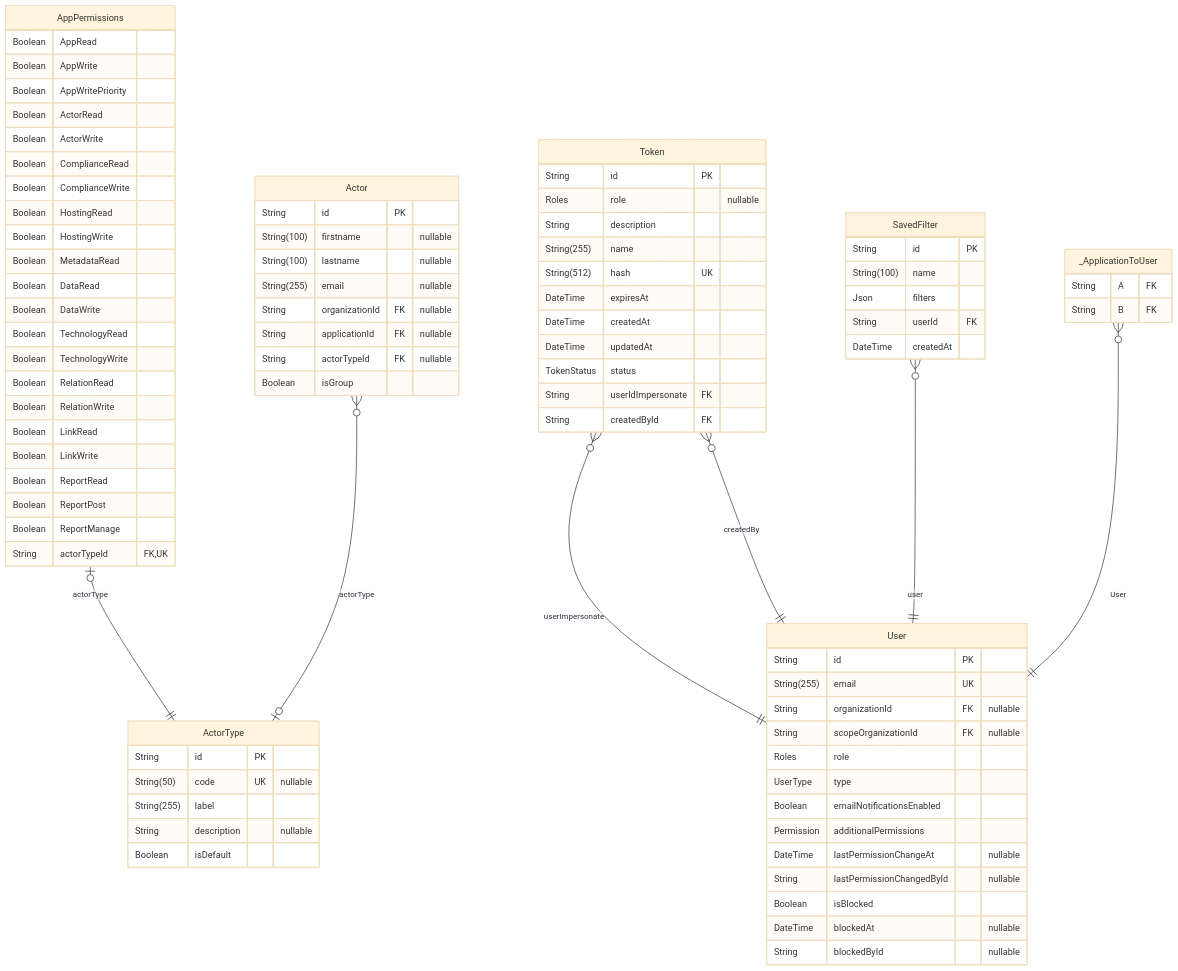
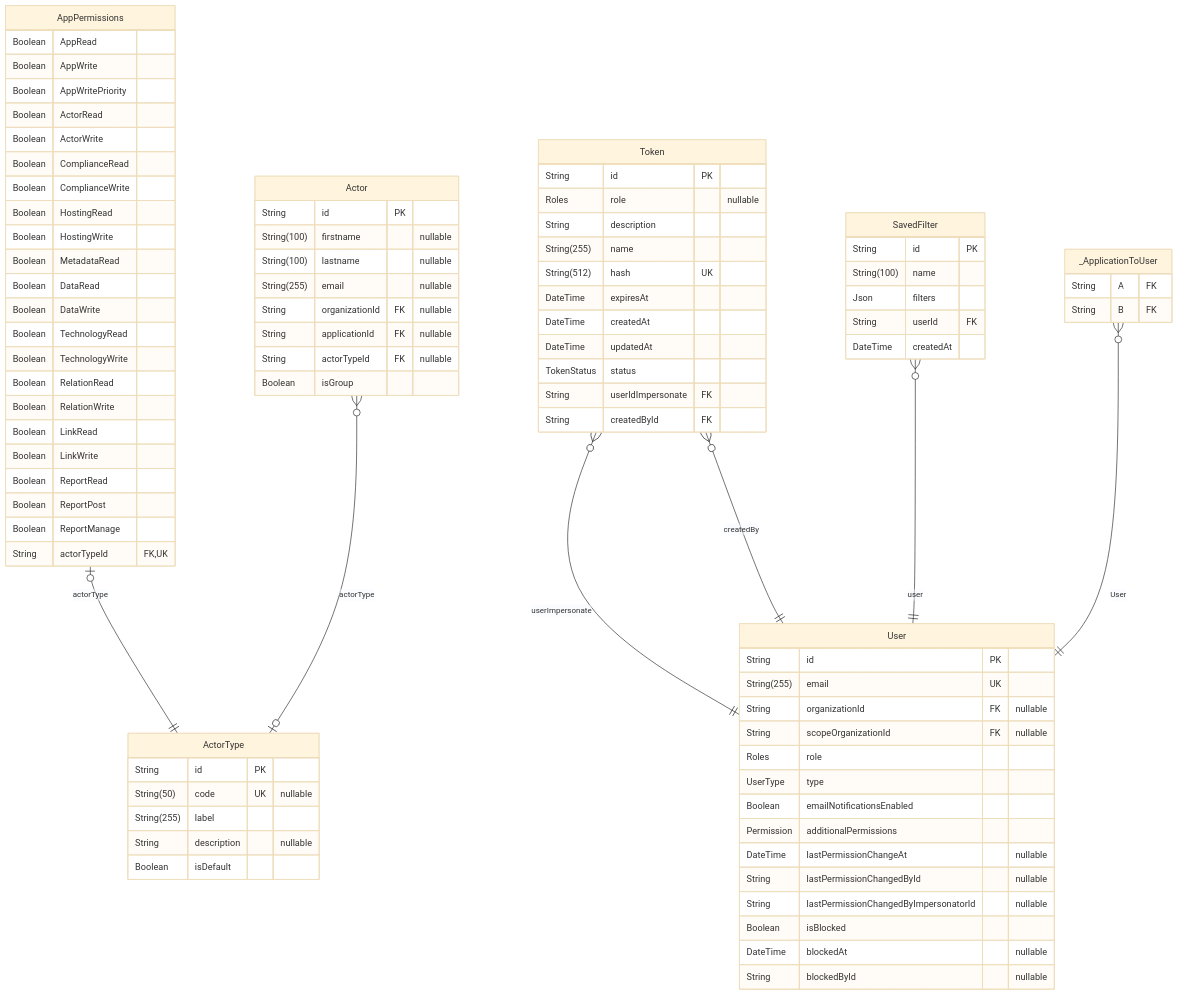
One commit to dnum-mi/referentiel-applications changed the tenth of 15 diagrams in backend/prisma/docs/schema.md. Above: the diagram before and after it, drawn with Mermaid (base theme). The commit also changed other lines of this file and 38 other files, not shown here.

```diff
--- a/backend/prisma/docs/schema.md
+++ b/backend/prisma/docs/schema.md
@@ -922,6 +922,7 @@
   Permission additionalPermissions
   DateTime lastPermissionChangeAt "nullable"
   String lastPermissionChangedById "nullable"
+  String lastPermissionChangedByImpersonatorId "nullable"
   Boolean isBlocked
   DateTime blockedAt "nullable"
   String blockedById "nullable"
```
